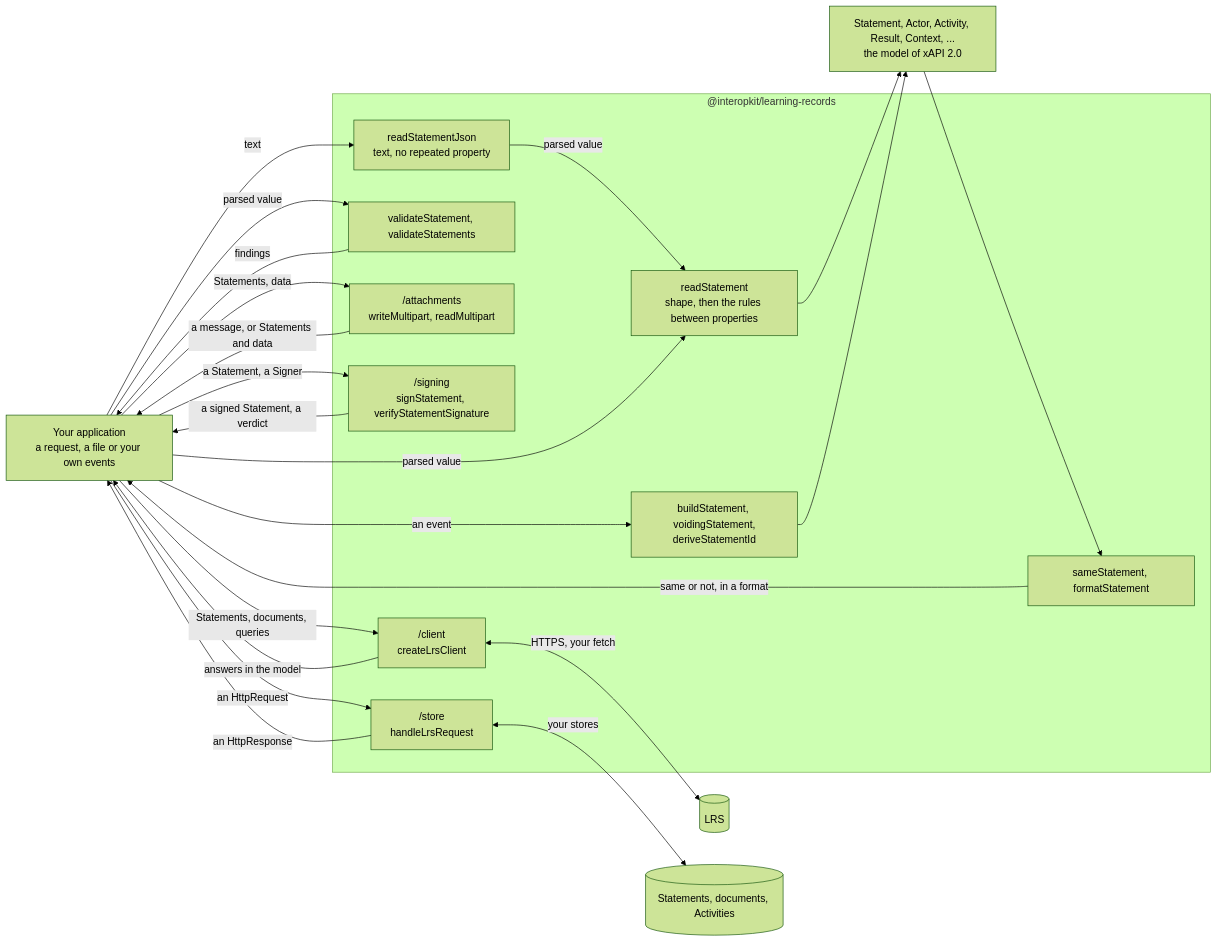
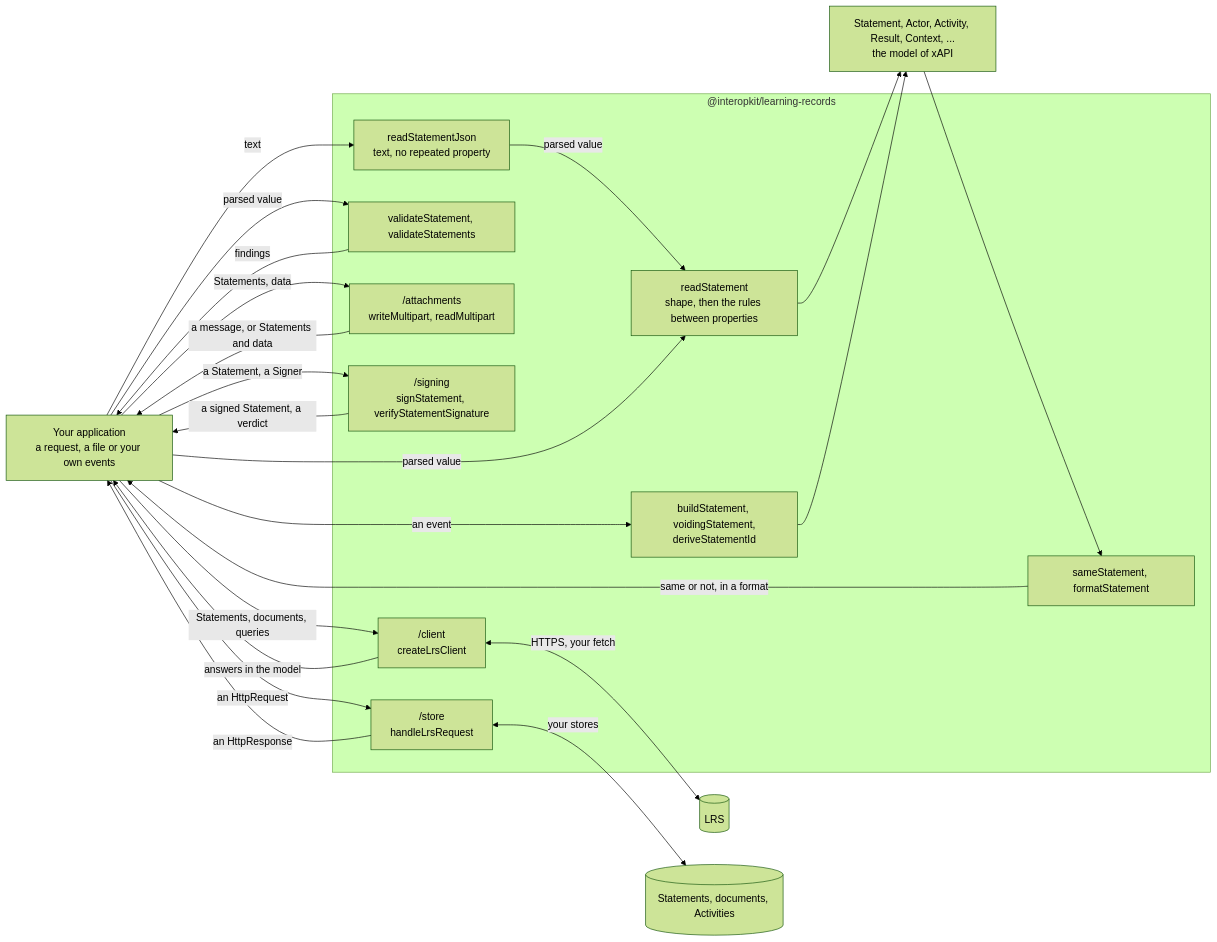
The diagram in packages/learning-records/README.md (interopkit/interopkit), drawn with Mermaid (forest theme) before and after one commit. The commit also changed other lines of this file and 82 other files, not shown here.

````diff
--- a/packages/learning-records/README.md
+++ b/packages/learning-records/README.md
@@ -8,36 +9,36 @@
 ```mermaid
 flowchart LR
   host["Your application<br/>a request, a file or your own events"]
   subgraph pkg["@interopkit/learning-records"]
     json["readStatementJson<br/>text, no repeated property"]
     read["readStatement<br/>shape, then the rules between properties"]
     validate["validateStatement, validateStatements"]
     build["buildStatement, voidingStatement,<br/>deriveStatementId"]
     compare["sameStatement, formatStatement"]
     attachments["/attachments<br/>writeMultipart, readMultipart"]
     signing["/signing<br/>signStatement, verifyStatementSignature"]
     client["/client<br/>createLrsClient"]
     store["/store<br/>handleLrsRequest"]
   end
-  model["Statement, Actor, Activity, Result, Context, ...<br/>the model of xAPI 2.0"]
+  model["Statement, Actor, Activity, Result, Context, ...<br/>the model of xAPI"]
   host -->|"text"| json
   json -->|"parsed value"| read
   host -->|"parsed value"| read
   read --> model
   host -->|"parsed value"| validate
   validate -->|"findings"| host
   host -->|"an event"| build
   build --> model
   model --> compare
   compare -->|"same or not, in a format"| host
   host -->|"Statements, data"| attachments
   attachments -->|"a message, or Statements and data"| host
   host -->|"a Statement, a Signer"| signing
   signing -->|"a signed Statement, a verdict"| host
   host -->|"Statements, documents, queries"| client
   client -->|"answers in the model"| host
   client <-->|"HTTPS, your fetch"| lrs[("LRS")]
   host -->|"an HttpRequest"| store
   store -->|"an HttpResponse"| host
   store <-->|"your stores"| ports[("Statements, documents, Activities")]
 ```
````
